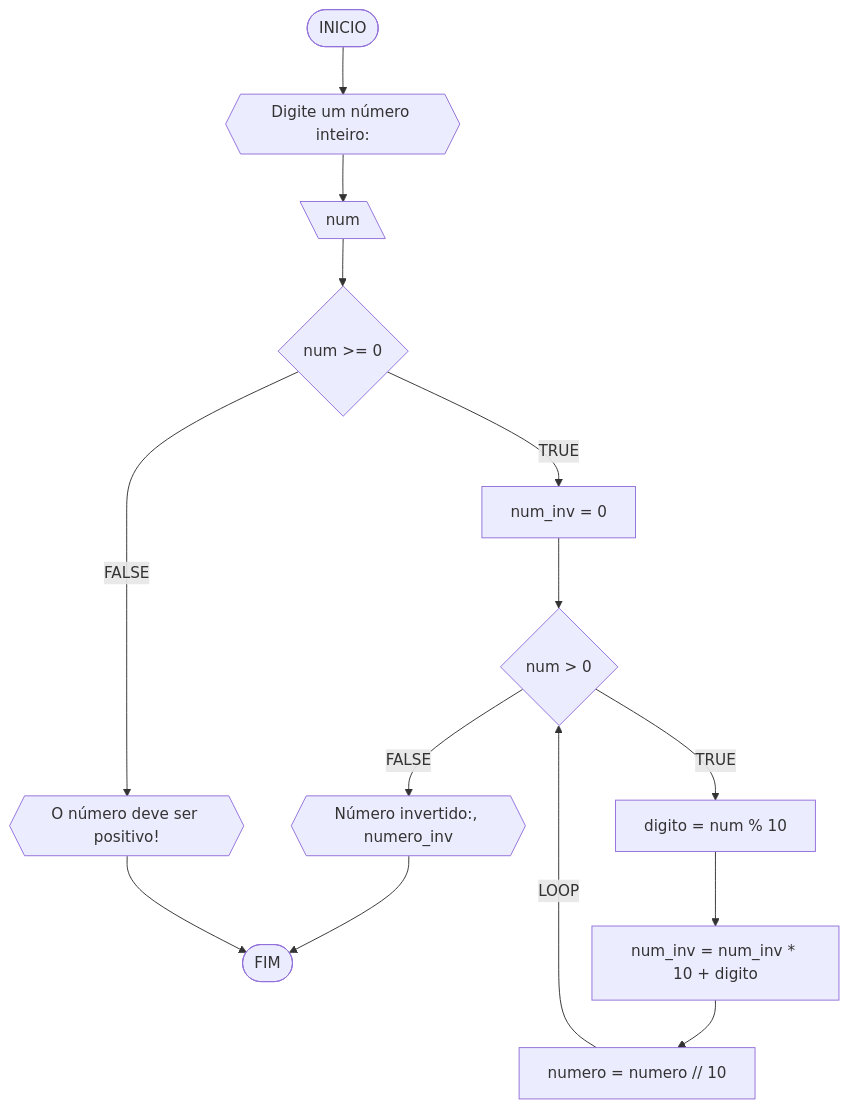
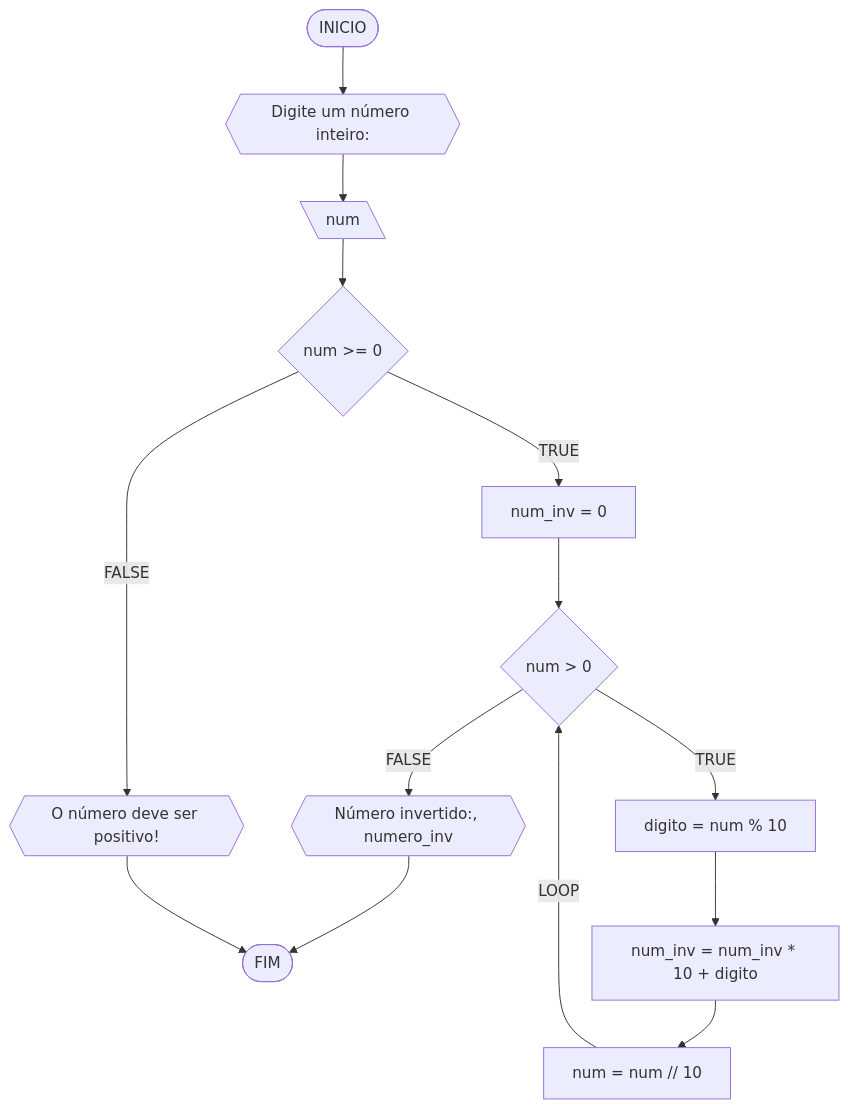
Before and after one commit to carollyra/UNIFOR: the eighth of 8 diagrams in RLA/ad1_ex.md, drawn with Mermaid. The commit also changed other lines of this file, not shown here.

````diff
--- a/RLA/ad1_ex.md
+++ b/RLA/ad1_ex.md
@@ -482,16 +584,16 @@
 ```mermaid
 flowchart TD
 A([INICIO]) --> B{{Digite um número inteiro: }}
 B --> C[\num\]
 C --> D{num >= 0}
 D --TRUE--> G[num_inv = 0]
 G --> H{num > 0}
 H --FALSE--> Z{{"Número invertido:", numero_inv}}
 Z --> W([FIM])
 H --TRUE--> I[digito = num % 10]
 I --> J[num_inv = num_inv * 10 + digito]
-J --> K[numero = numero // 10]
+J --> K[num = num // 10]
 K --LOOP--> H
 D --FALSE--> E{{O número deve ser positivo!}}
 E --> W
 ```
````
